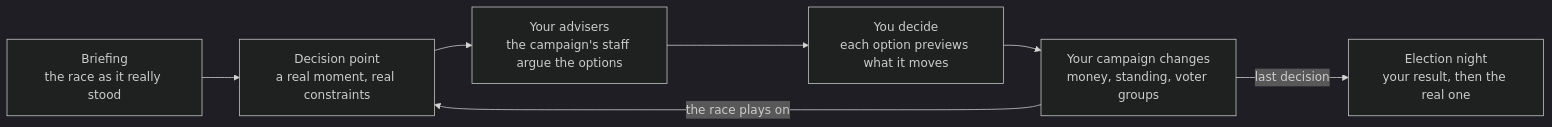
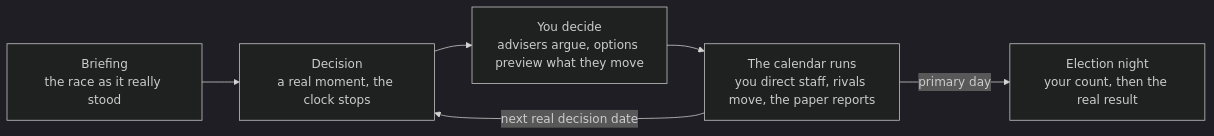
Before and after one commit to Devaj6190/campaign_academy: the diagram in README.md, drawn with Mermaid (dark theme). The commit also changed other lines of this file and 1 other file, not shown here.

````diff
--- a/README.md
+++ b/README.md
@@ -27,9 +27,8 @@
 ```mermaid
 flowchart LR
-    B[Briefing<br/>the race as it really stood] --> D[Decision point<br/>a real moment, real constraints]
-    D --> A[Your advisers<br/>the campaign's staff argue the options]
-    A --> P[You decide<br/>each option previews what it moves]
-    P --> W[Your campaign changes<br/>money, standing, voter groups]
-    W -->|the race plays on| D
-    W -->|last decision| E[Election night<br/>your result, then the real one]
+    B[Briefing<br/>the race as it really stood] --> D[Decision<br/>a real moment, the clock stops]
+    D --> P[You decide<br/>advisers argue, options preview what they move]
+    P --> Q[The calendar runs<br/>you direct staff, rivals move, the paper reports]
+    Q -->|next real decision date| D
+    Q -->|primary day| E[Election night<br/>your count, then the real result]
 ```
````
